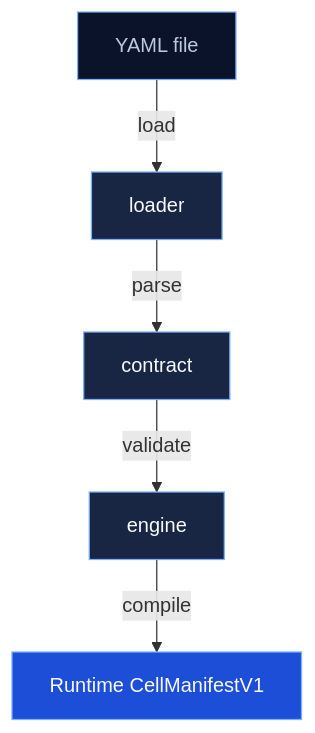
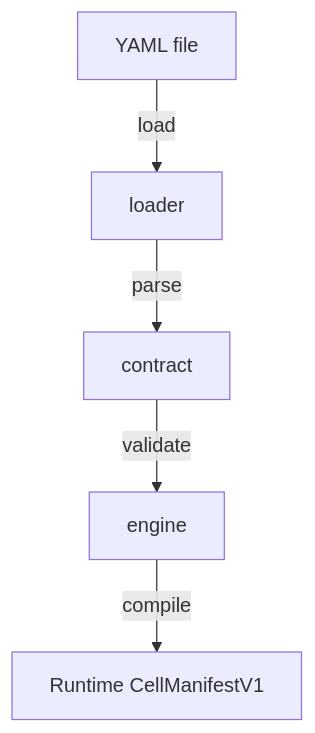
One commit to ikary-platform/ikary-manifest changed the second of 2 diagrams in apps/docs/packages/overview.md. Above: the diagram before and after it, drawn with Mermaid. The commit also changed other lines of this file and 34 other files, not shown here.

````diff
--- a/apps/docs/packages/overview.md
+++ b/apps/docs/packages/overview.md
@@ -70,13 +49,7 @@
 ```mermaid
 flowchart TD
     A[YAML file] -->|load| B[loader]
     B -->|parse| C[contract]
     C -->|validate| D[engine]
     D -->|compile| E[Runtime CellManifestV1]
-
-    style A fill:#0a1329,stroke:#78afff,color:#bcc8df
-    style B fill:#182644,stroke:#78afff,color:#f8fafc
-    style C fill:#182644,stroke:#78afff,color:#f8fafc
-    style D fill:#182644,stroke:#78afff,color:#f8fafc
-    style E fill:#1d4ed8,stroke:#78afff,color:#f8fafc
 ```
````
